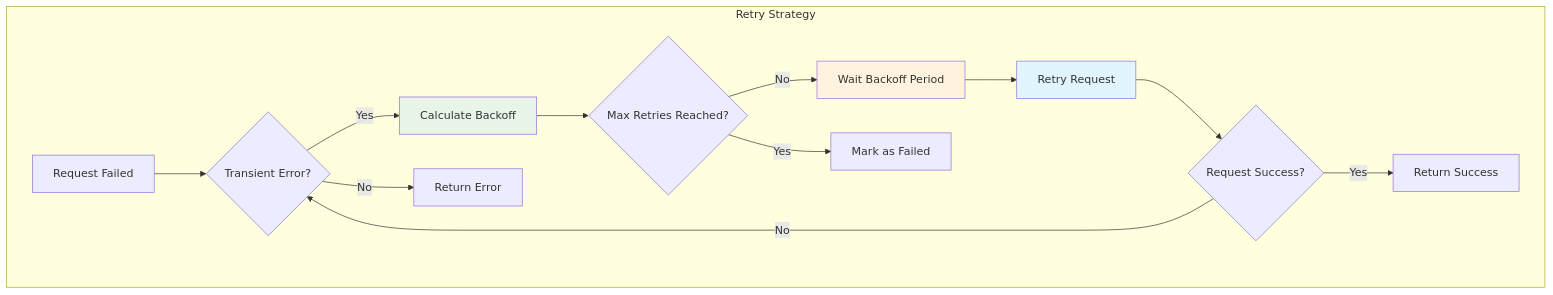
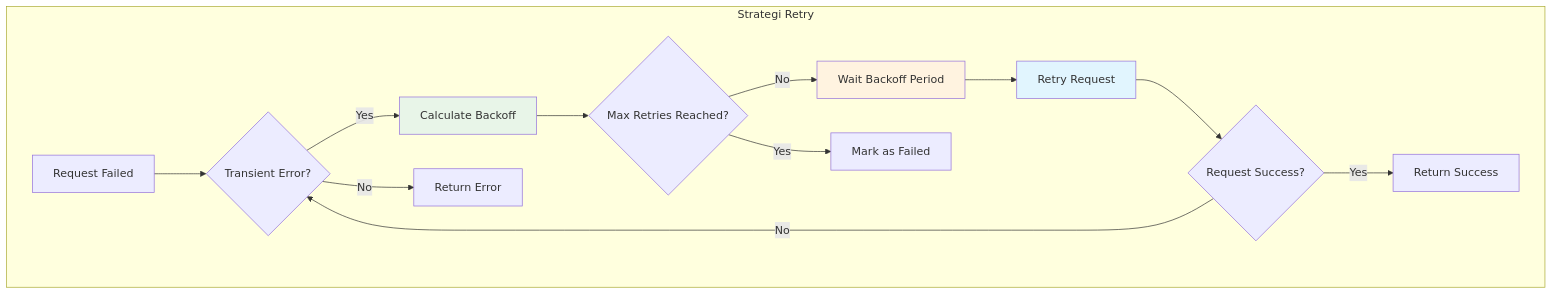
Before and after one commit to artivisi/training-spring-jpos-2025: the first of 7 diagrams in workshop/day-5/INSTRUCTIONS.md, drawn with Mermaid. The commit also changed other lines of this file and 4 other files, not shown here.

````diff
--- a/workshop/day-5/INSTRUCTIONS.md
+++ b/workshop/day-5/INSTRUCTIONS.md
@@ -13,21 +13,21 @@
 ```mermaid
 graph TB
-    subgraph "Retry Strategy"
+    subgraph "Strategi Retry"
         A[Request Failed] --> B{Transient Error?}
         B -->|Yes| C[Calculate Backoff]
         B -->|No| D[Return Error]
 
         C --> E{Max Retries Reached?}
         E -->|No| F[Wait Backoff Period]
         E -->|Yes| G[Mark as Failed]
 
         F --> H[Retry Request]
         H --> I{Request Success?}
         I -->|Yes| J[Return Success]
         I -->|No| B
     end
 
     style C fill:#e8f5e8
     style F fill:#fff3e0
     style H fill:#e1f5fe
 ```
````
